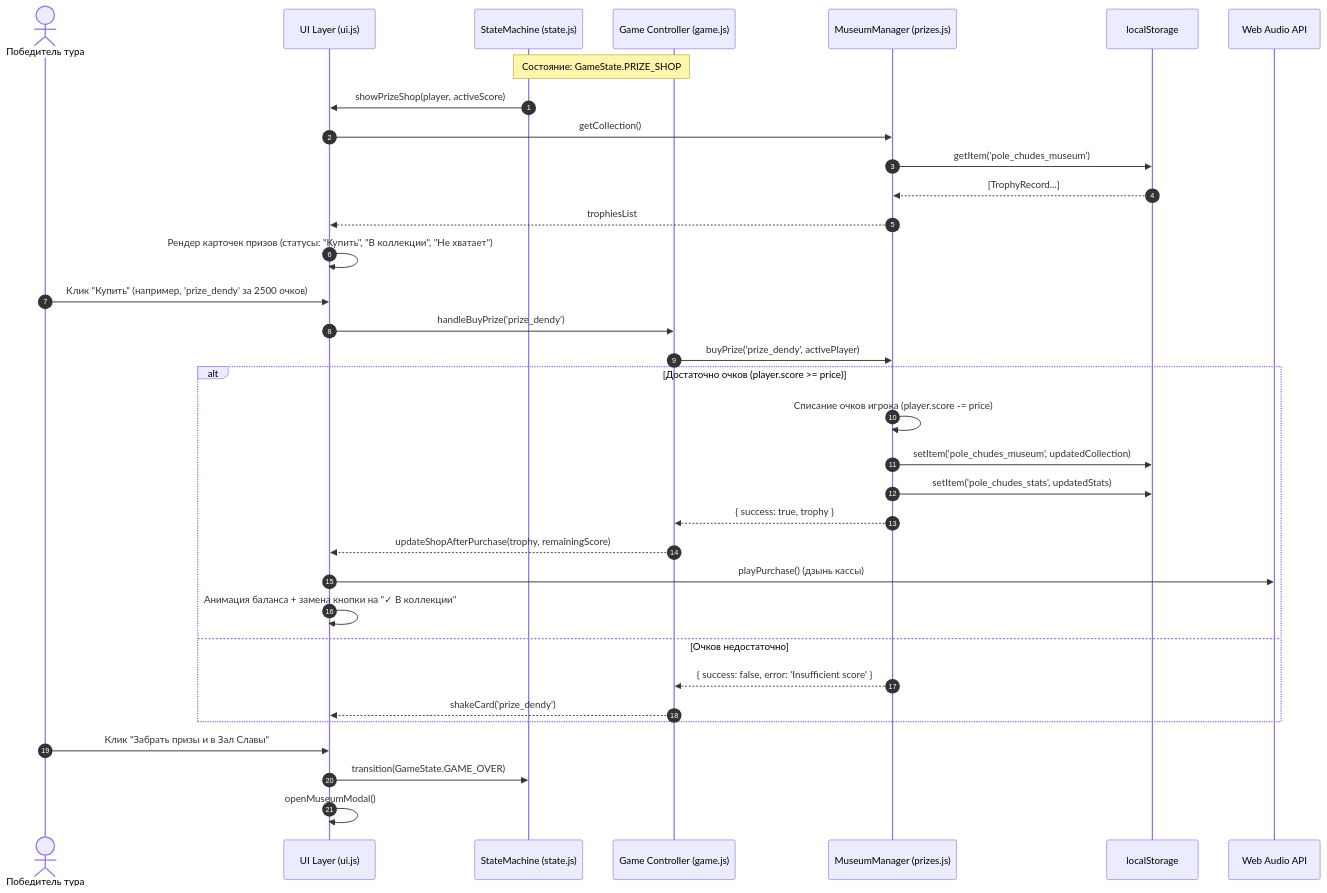
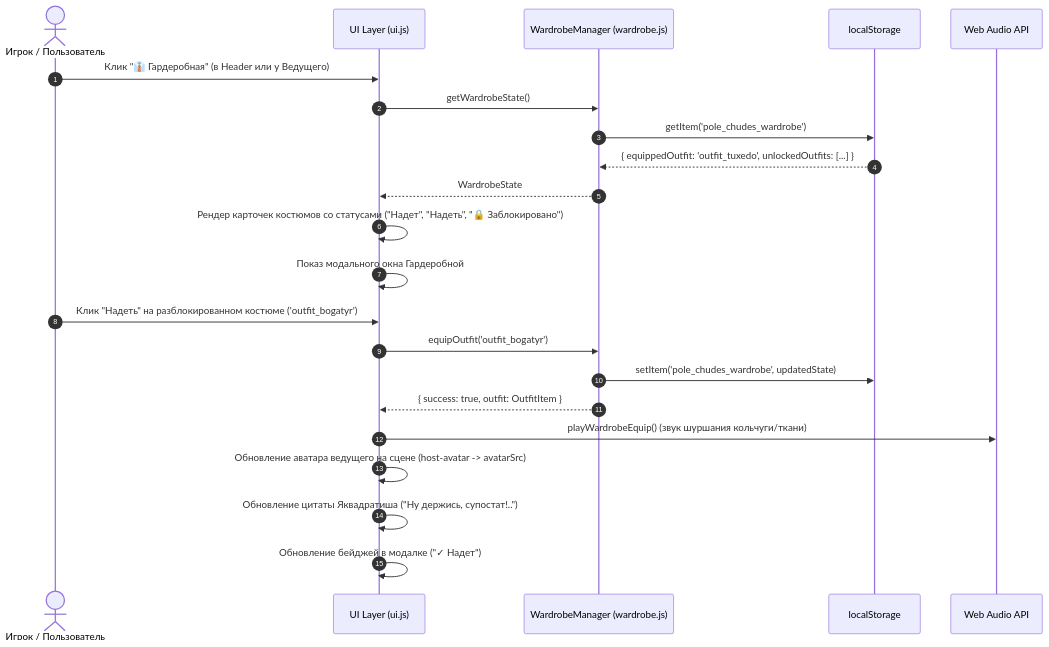
Before and after one commit to sergeibakurovus-source/pole_chudes: the second of 4 diagrams in docs/System_Design.md, drawn with Mermaid. The commit also changed other lines of this file, not shown here.

Commit message:
docs(arch): system architecture and interfaces [Gate 1B approved]

````diff
--- a/docs/System_Design.md
+++ b/docs/System_Design.md
@@ -260,40 +506,27 @@
 ```mermaid
 sequenceDiagram
     autonumber
-    actor Player as Победитель тура
+    actor Player as Игрок / Пользователь
     participant UI as UI Layer (ui.js)
-    participant SM as StateMachine (state.js)
-    participant Game as Game Controller (game.js)
-    participant MM as MuseumManager (prizes.js)
+    participant WM as WardrobeManager (wardrobe.js)
     participant Storage as localStorage
     participant Audio as Web Audio API
 
-    Note over SM,Game: Состояние: GameState.PRIZE_SHOP
-    SM->>UI: showPrizeShop(player, activeScore)
-    UI->>MM: getCollection()
-    MM->>Storage: getItem('pole_chudes_museum')
-    Storage-->>MM: [TrophyRecord...]
-    MM-->>UI: trophiesList
-    UI->>UI: Рендер карточек призов (статусы: "Купить", "В коллекции", "Не хватает")
+    Player->>UI: Клик "👔 Гардеробная" (в Header или у Ведущего)
+    UI->>WM: getWardrobeState()
+    WM->>Storage: getItem('pole_chudes_wardrobe')
+    Storage-->>WM: { equippedOutfit: 'outfit_tuxedo', unlockedOutfits: [...] }
+    WM-->>UI: WardrobeState
+    UI->>UI: Рендер карточек костюмов со статусами ("Надет", "Надеть", "🔒 Заблокировано")
+    UI->>UI: Показ модального окна Гардеробной
+
+    Player->>UI: Клик "Надеть" на разблокированном костюме ('outfit_bogatyr')
+    UI->>WM: equipOutfit('outfit_bogatyr')
+    WM->>Storage: setItem('pole_chudes_wardrobe', updatedState)
+    WM-->>UI: { success: true, outfit: OutfitItem }
     
-    Player->>UI: Клик "Купить" (например, 'prize_dendy' за 2500 очков)
-    UI->>Game: handleBuyPrize('prize_dendy')
-    Game->>MM: buyPrize('prize_dendy', activePlayer)
-    
-    alt Достаточно очков (player.score >= price)
-        MM->>MM: Списание очков игрока (player.score -= price)
-        MM->>Storage: setItem('pole_chudes_museum', updatedCollection)
-        MM->>Storage: setItem('pole_chudes_stats', updatedStats)
-        MM-->>Game: { success: true, trophy }
-        Game-->>UI: updateShopAfterPurchase(trophy, remainingScore)
-        UI->>Audio: playPurchase() (дзынь кассы)
-        UI->>UI: Анимация баланса + замена кнопки на "✓ В коллекции"
-    else Очков недостаточно
-        MM-->>Game: { success: false, error: 'Insufficient score' }
-        Game-->>UI: shakeCard('prize_dendy')
-    end
-    
-    Player->>UI: Клик "Забрать призы и в Зал Славы"
-    UI->>SM: transition(GameState.GAME_OVER)
-    UI->>UI: openMuseumModal()
+    UI->>Audio: playWardrobeEquip() (звук шуршания кольчуги/ткани)
+    UI->>UI: Обновление аватара ведущего на сцене (host-avatar -> avatarSrc)
+    UI->>UI: Обновление цитаты Яквадратиша ("Ну держись, супостат!..")
+    UI->>UI: Обновление бейджей в модалке ("✓ Надет")
 ```
````
